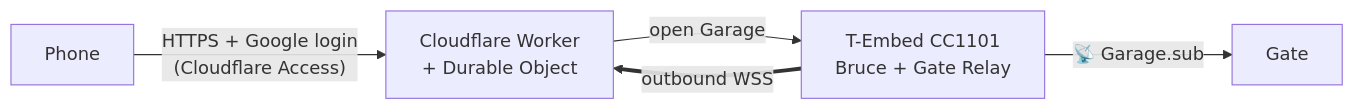
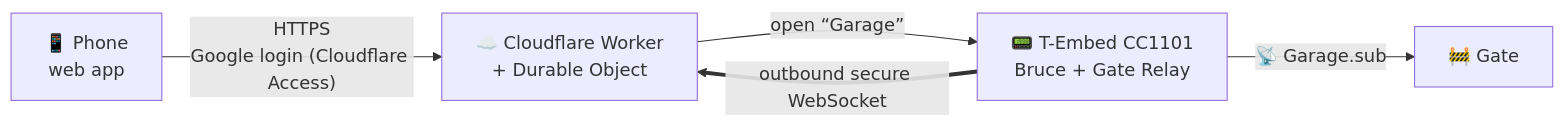
One commit to douglasrolim/bruce-gate-relay changed the diagram in README.md. Above: the diagram before and after it, drawn with Mermaid. The commit also changed other lines of this file and 17 other files, not shown here.

````diff
--- a/README.md
+++ b/README.md
@@ -23,7 +62,7 @@
 ```mermaid
 flowchart LR
-  P[Phone] -- "HTTPS + Google login<br/>(Cloudflare Access)" --> W[Cloudflare Worker<br/>+ Durable Object]
-  D[T-Embed CC1101<br/>Bruce + Gate Relay] == "outbound WSS" ==> W
-  W -- "open Garage" --> D
-  D -- "📡 Garage.sub" --> G[Gate]
+  P["📱 Phone<br/>web app"] -- "HTTPS<br/>Google login (Cloudflare Access)" --> W["☁️ Cloudflare Worker<br/>+ Durable Object"]
+  D["📟 T-Embed CC1101<br/>Bruce + Gate Relay"] == "outbound secure WebSocket" ==> W
+  W -- "open “Garage”" --> D
+  D -- "📡 Garage.sub" --> G["🚧 Gate"]
 ```
````
